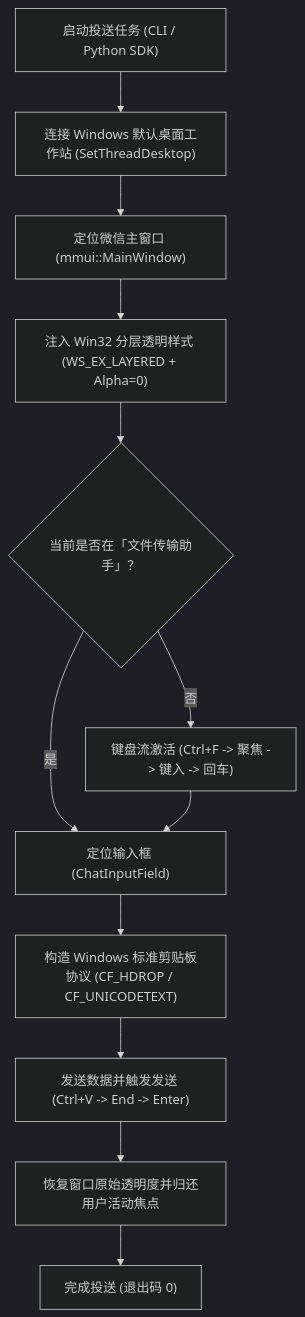
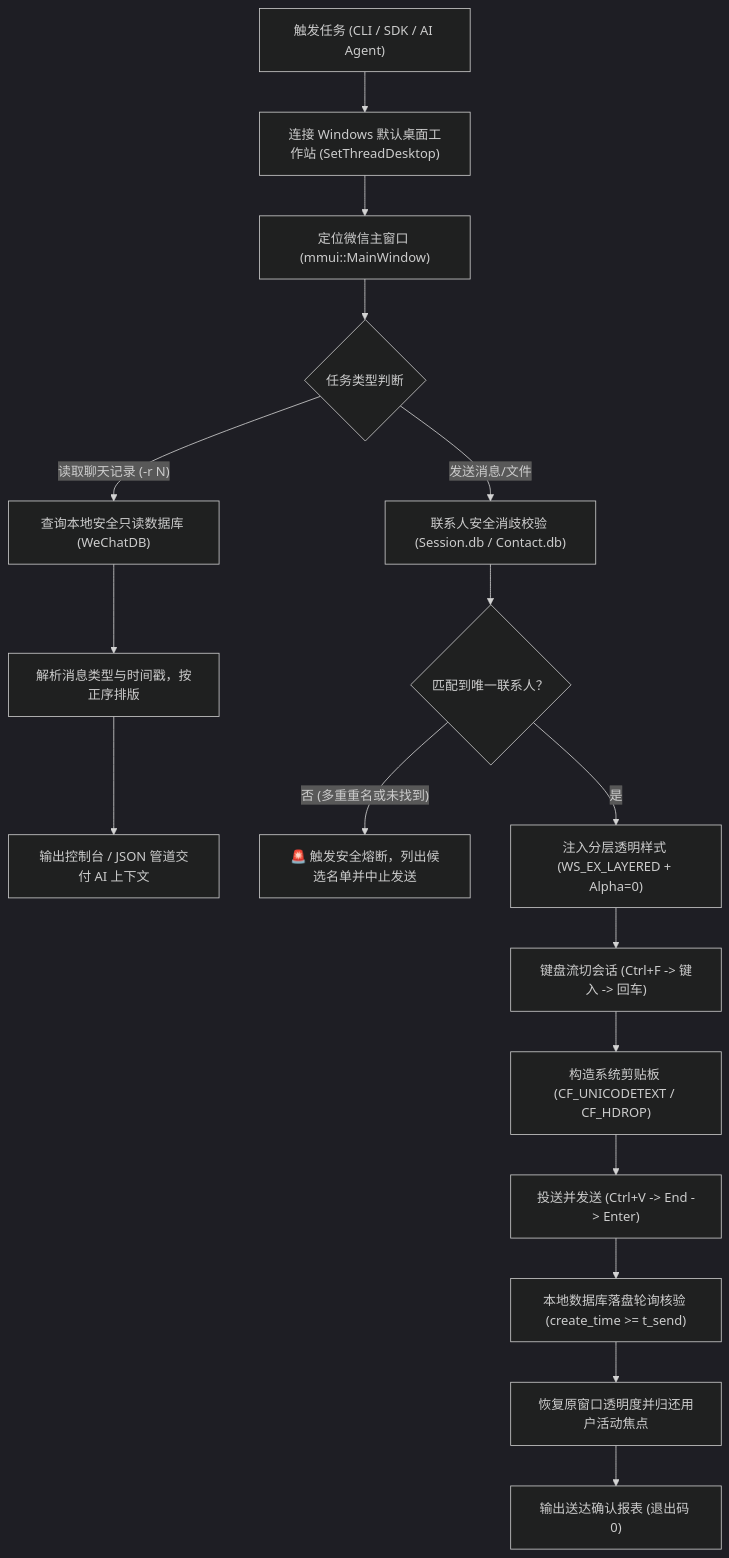
The diagram in README.md (lzhangwei983/wechat-filehelper-silent), drawn with Mermaid (dark theme) before and after one commit. The commit also changed other lines of this file and 5 other files, not shown here.

````diff
--- a/README.md
+++ b/README.md
@@ -33,14 +53,23 @@
 ```mermaid
 flowchart TD
-    A["启动投送任务 (CLI / Python SDK)"] --> B["连接 Windows 默认桌面工作站 (SetThreadDesktop)"]
+    A["触发任务 (CLI / SDK / AI Agent)"] --> B["连接 Windows 默认桌面工作站 (SetThreadDesktop)"]
     B --> C["定位微信主窗口 (mmui::MainWindow)"]
-    C --> D["注入 Win32 分层透明样式 (WS_EX_LAYERED + Alpha=0)"]
-    D --> E{"当前是否在「文件传输助手」？"}
-    E -- 否 --> F["键盘流激活 (Ctrl+F -> 聚焦 -> 键入 -> 回车)"]
-    E -- 是 --> G["定位输入框 (ChatInputField)"]
-    F --> G
-    G --> H["构造 Windows 标准剪贴板协议 (CF_HDROP / CF_UNICODETEXT)"]
-    H --> I["发送数据并触发发送 (Ctrl+V -> End -> Enter)"]
-    I --> J["恢复窗口原始透明度并归还用户活动焦点"]
-    J --> K["完成投送 (退出码 0)"]
+    
+    C --> D{"任务类型判断"}
+    
+    D -- "读取聊天记录 (-r N)" --> E["查询本地安全只读数据库 (WeChatDB)"]
+    E --> F["解析消息类型与时间戳，按正序排版"]
+    F --> G["输出控制台 / JSON 管道交付 AI 上下文"]
+    
+    D -- "发送消息/文件" --> H["联系人安全消歧校验 (Session.db / Contact.db)"]
+    H --> I{"匹配到唯一联系人？"}
+    I -- 否 (多重重名或未找到) --> J["🚨 触发安全熔断，列出候选名单并中止发送"]
+    I -- 是 --> K["注入分层透明样式 (WS_EX_LAYERED + Alpha=0)"]
+    
+    K --> L["键盘流切会话 (Ctrl+F -> 键入 -> 回车)"]
+    L --> M["构造系统剪贴板 (CF_UNICODETEXT / CF_HDROP)"]
+    M --> N["投送并发送 (Ctrl+V -> End -> Enter)"]
+    N --> O["本地数据库落盘轮询核验 (create_time >= t_send)"]
+    O --> P["恢复原窗口透明度并归还用户活动焦点"]
+    P --> Q["输出送达确认报表 (退出码 0)"]
 ```
````
